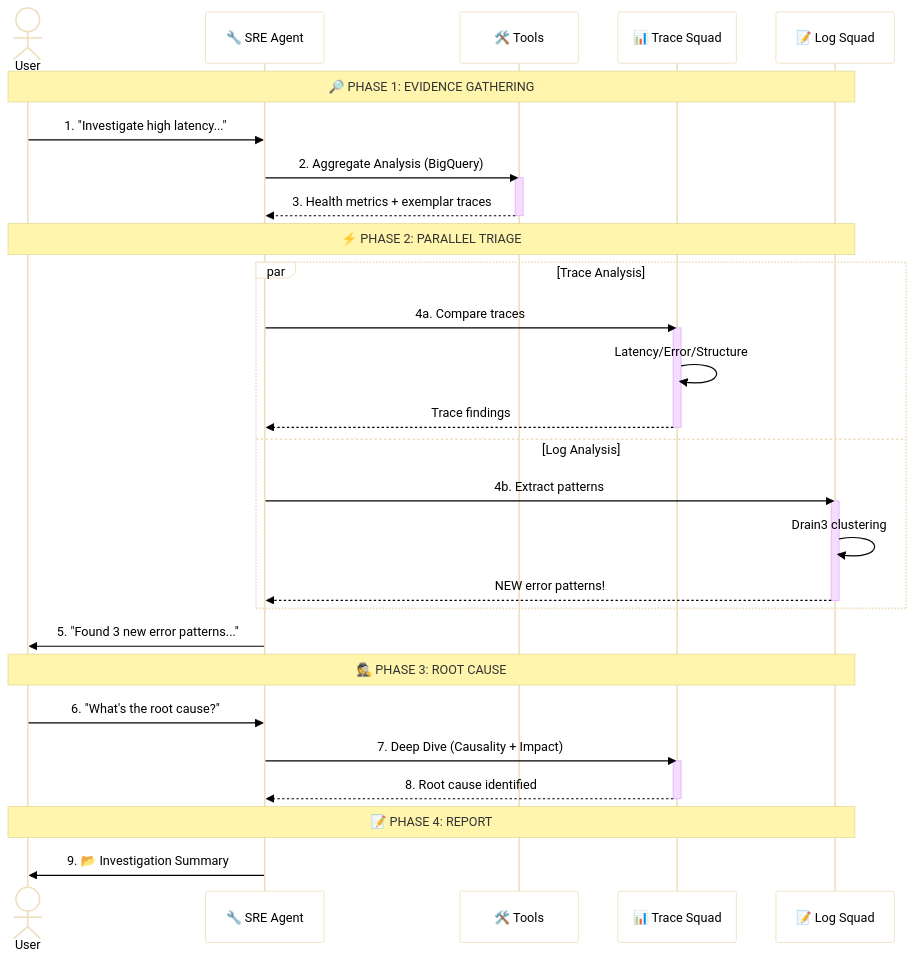
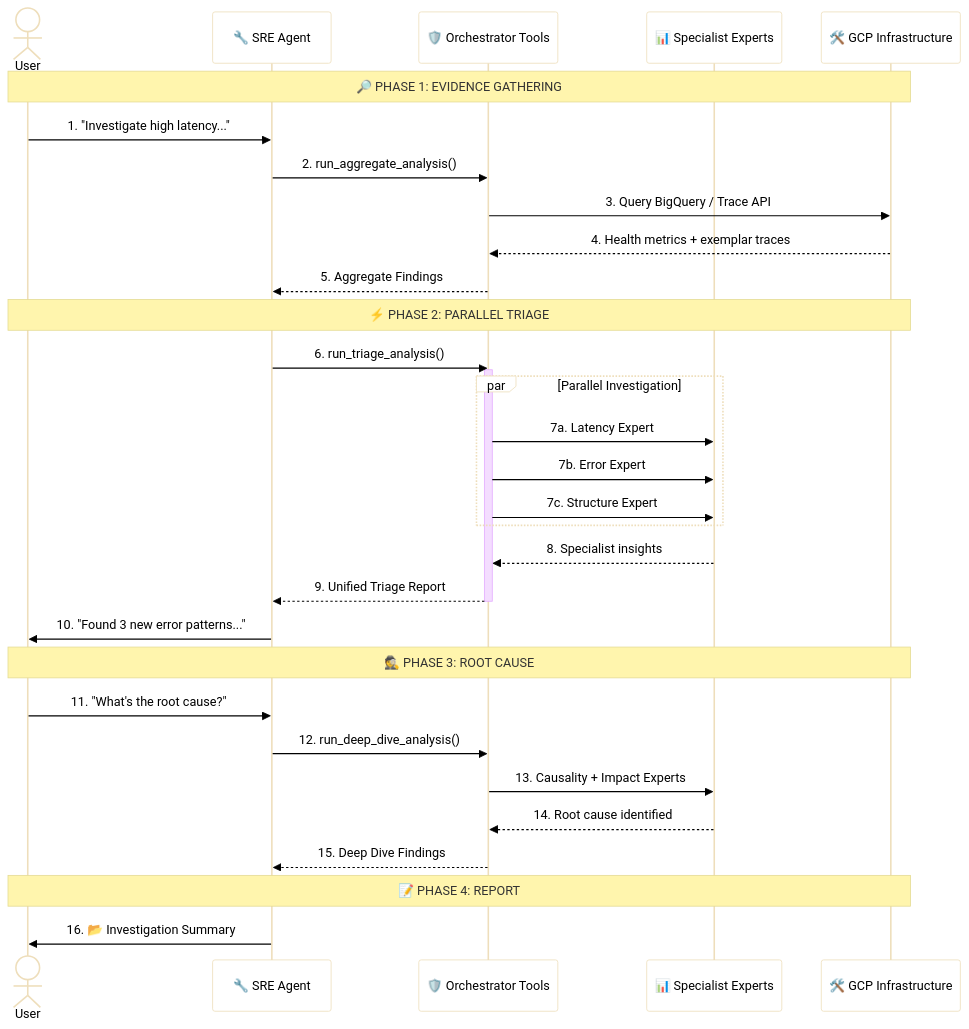
Before and after one commit to srtux/trace_analyzer: the second of 2 diagrams in README.md, drawn with Mermaid. The commit also changed other lines of this file and 137 other files, not shown here.

Commit message:
refactor: Migrate core trace analysis and agent components from `trace_analyzer` and `sre_agent` to a new `gcp_observability` module.

````diff
--- a/README.md
+++ b/README.md
@@ -99,47 +99,44 @@
 ```mermaid
 %%{init: {'theme': 'base', 'themeVariables': {'darkMode': false, 'background': '#ffffff', 'mainBkg': '#ffffff', 'fontFamily': 'arial', 'fontSize': '16px', 'textColor': '#000000', 'primaryTextColor': '#000000'}}}%%
 sequenceDiagram
     actor User
     participant SRE as 🔧 SRE Agent
-    participant Tools as 🛠️ Tools
-    participant Trace as 📊 Trace Squad
-    participant Logs as 📝 Log Squad
+    participant Orch as 🛡️ Orchestrator Tools
+    participant Expert as 📊 Specialist Experts
+    participant Tools as 🛠️ GCP Infrastructure
 
-    Note over User, Logs: 🔎 PHASE 1: EVIDENCE GATHERING
+    Note over User, Tools: 🔎 PHASE 1: EVIDENCE GATHERING
 
     User->>SRE: 1. "Investigate high latency..."
-    SRE->>Tools: 2. Aggregate Analysis (BigQuery)
-    activate Tools
-    Tools-->>SRE: 3. Health metrics + exemplar traces
-    deactivate Tools
+    SRE->>Orch: 2. run_aggregate_analysis()
+    Orch->>Tools: 3. Query BigQuery / Trace API
+    Tools-->>Orch: 4. Health metrics + exemplar traces
+    Orch-->>SRE: 5. Aggregate Findings
 
-    Note over User, Logs: ⚡ PHASE 2: PARALLEL TRIAGE
+    Note over User, Tools: ⚡ PHASE 2: PARALLEL TRIAGE
 
-    par Trace Analysis
-        SRE->>Trace: 4a. Compare traces
-        activate Trace
-        Trace->>Trace: Latency/Error/Structure
-        Trace-->>SRE: Trace findings
-        deactivate Trace
-    and Log Analysis
-        SRE->>Logs: 4b. Extract patterns
-        activate Logs
-        Logs->>Logs: Drain3 clustering
-        Logs-->>SRE: NEW error patterns!
-        deactivate Logs
+    SRE->>Orch: 6. run_triage_analysis()
+    activate Orch
+    par Parallel Investigation
+        Orch->>Expert: 7a. Latency Expert
+        Orch->>Expert: 7b. Error Expert
+        Orch->>Expert: 7c. Structure Expert
     end
+    Expert-->>Orch: 8. Specialist insights
+    Orch-->>SRE: 9. Unified Triage Report
+    deactivate Orch
 
-    SRE->>User: 5. "Found 3 new error patterns..."
+    SRE->>User: 10. "Found 3 new error patterns..."
 
-    Note over User, Logs: 🕵️ PHASE 3: ROOT CAUSE
+    Note over User, Tools: 🕵️ PHASE 3: ROOT CAUSE
 
-    User->>SRE: 6. "What's the root cause?"
-    SRE->>Trace: 7. Deep Dive (Causality + Impact)
-    activate Trace
-    Trace-->>SRE: 8. Root cause identified
-    deactivate Trace
+    User->>SRE: 11. "What's the root cause?"
+    SRE->>Orch: 12. run_deep_dive_analysis()
+    Orch->>Expert: 13. Causality + Impact Experts
+    Expert-->>Orch: 14. Root cause identified
+    Orch-->>SRE: 15. Deep Dive Findings
 
-    Note over User, Logs: 📝 PHASE 4: REPORT
+    Note over User, Tools: 📝 PHASE 4: REPORT
 
-    SRE->>User: 9. 📂 Investigation Summary
+    SRE->>User: 16. 📂 Investigation Summary
 ```
````
